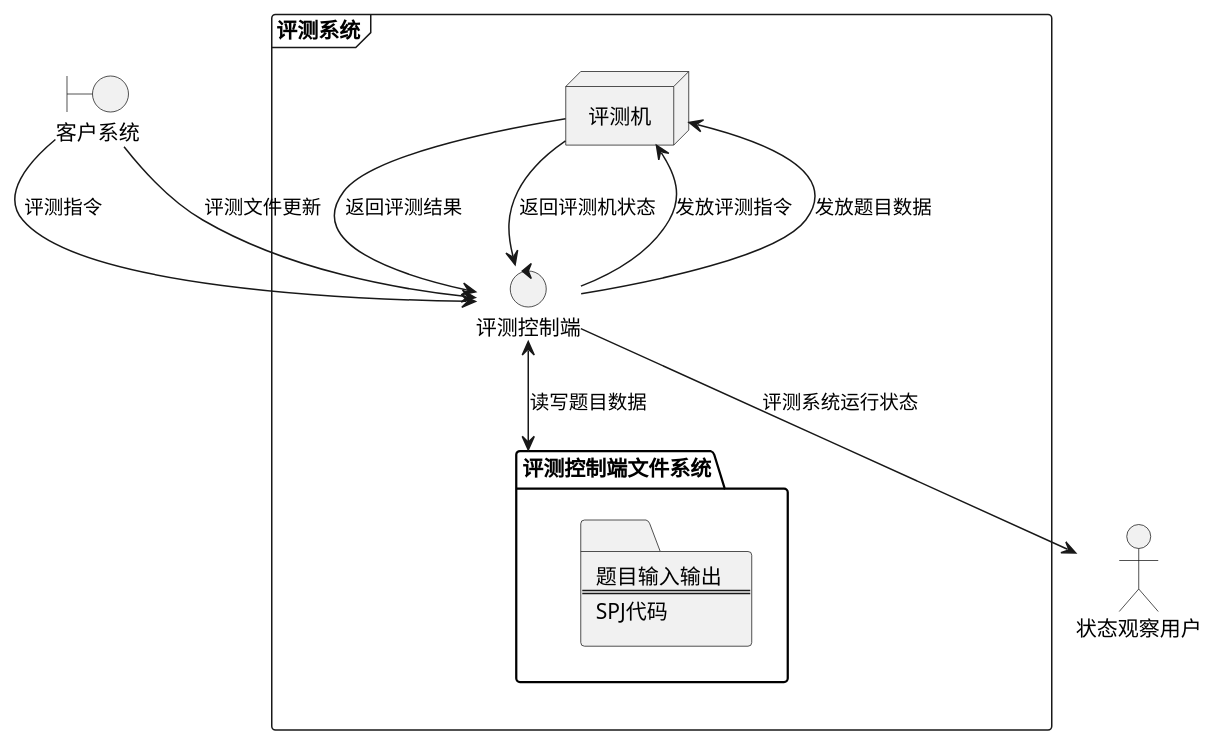
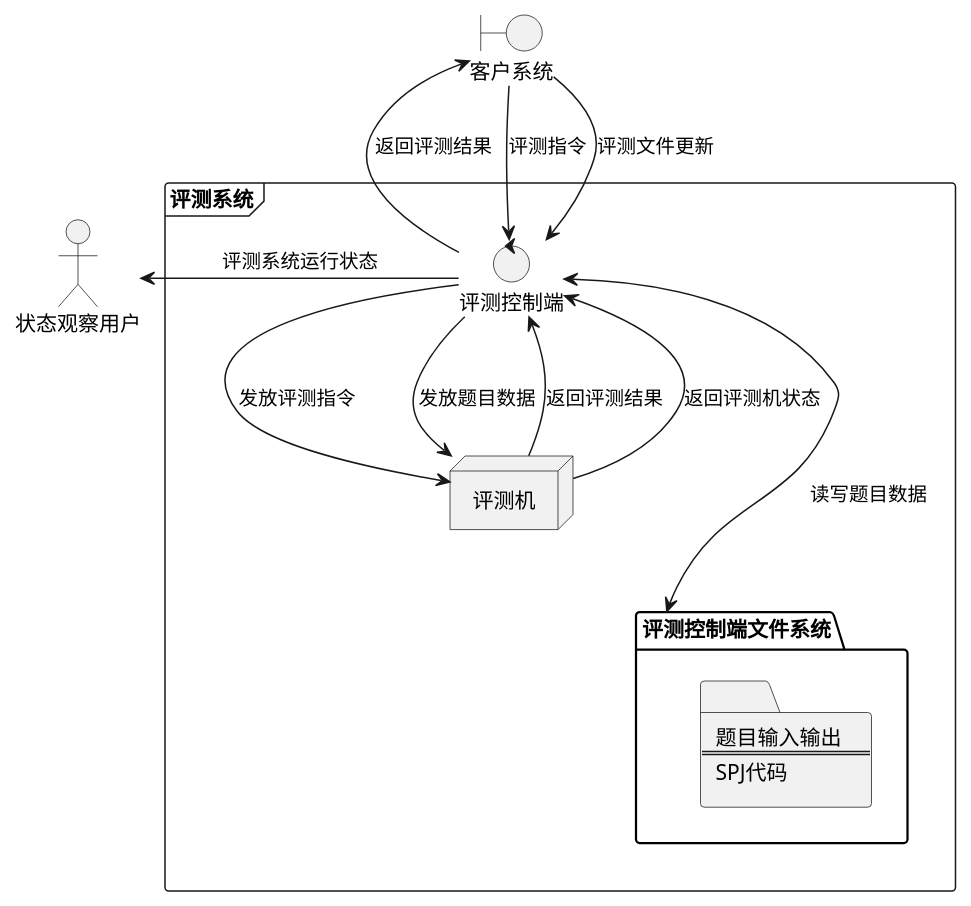
Before and after one commit to ThinkSpiritLab/Heng: the first of 2 diagrams in DesignDocs/Section1-Strcture.md, drawn with PlantUML.

Commit message:
update strcture

````diff
--- a/DesignDocs/Section1-Strcture.md
+++ b/DesignDocs/Section1-Strcture.md
@@ -23,25 +23,26 @@
 ```puml
 @startuml
 boundary "客户系统" as webbackend
 actor "状态观察用户" as statususer
 frame "评测系统" {
   node "评测机" as judger
   control "评测控制端" as judgerbackend
   folder "评测控制端文件系统" as jbfs {
     folder 评测文件[
       题目输入输出
       ===
       SPJ代码
     ]
   }
 }
-webbackend --> judgerbackend : 评测指令
+webbackend ---> judgerbackend : 评测指令
 webbackend --> judgerbackend : 评测文件更新
-judgerbackend <--> jbfs : 读写题目数据
+statususer <-r-- judgerbackend : 评测系统运行状态
+judgerbackend <---> jbfs : 读写题目数据
 judgerbackend --> judger : 发放评测指令
 judgerbackend --> judger : 发放题目数据
+judgerbackend --> webbackend : 返回评测结果
 judger --> judgerbackend : 返回评测结果
 judger --> judgerbackend : 返回评测机状态
-judgerbackend --> statususer : 评测系统运行状态
 @enduml
 ```
````
